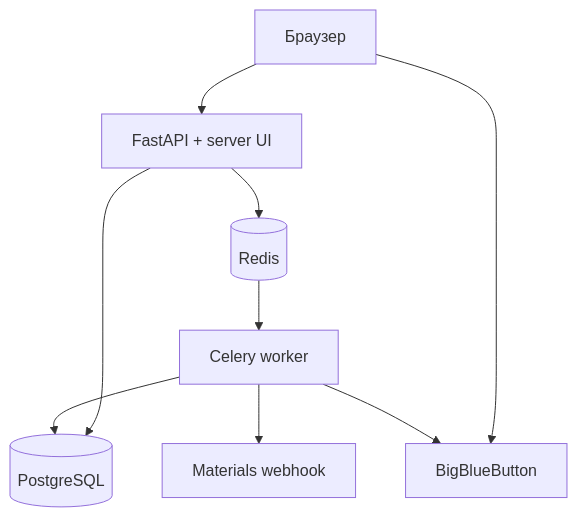
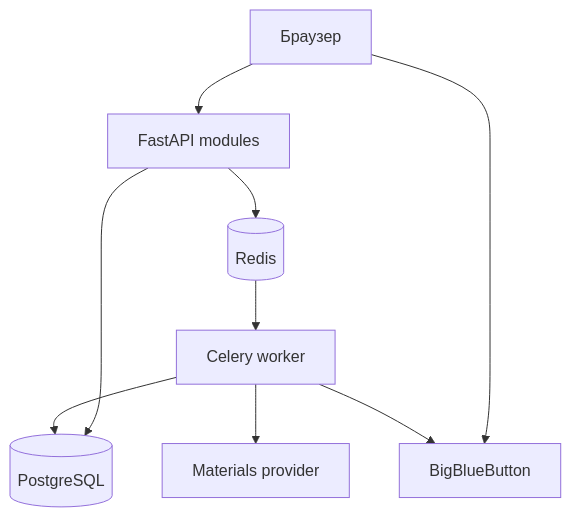
One commit to ArtemLevin/tutor-assistant-web changed the third of 3 diagrams in docs/architecture.md. Above: the diagram before and after it, drawn with Mermaid. The commit also changed other lines of this file and 55 other files, not shown here.

````diff
--- a/docs/architecture.md
+++ b/docs/architecture.md
@@ -10,11 +75,11 @@
 ```mermaid
 flowchart TB
-    Browser[Браузер] --> App[FastAPI + server UI]
+    Browser[Браузер] --> App[FastAPI modules]
     Browser --> BBB[BigBlueButton]
     App --> Postgres[(PostgreSQL)]
     App --> Redis[(Redis)]
     Redis --> Worker[Celery worker]
     Worker --> BBB
-    Worker --> AI[Materials webhook]
+    Worker --> AI[Materials provider]
     Worker --> Postgres
 ```
````
